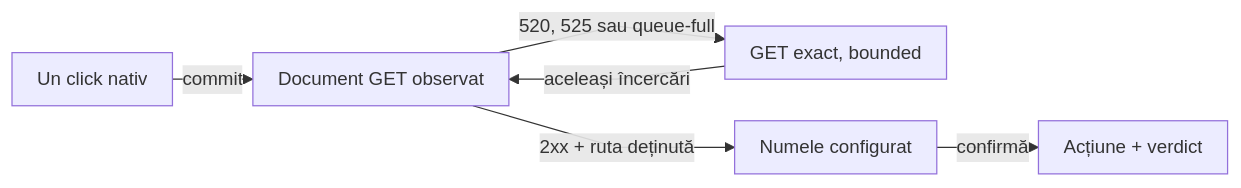
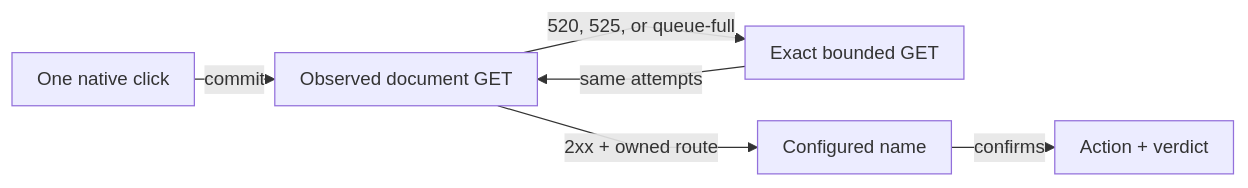
Before and after one commit to crististefanita/atf_j0: the fourth of 14 diagrams in atf-test-auto-ex/README.md, drawn with Mermaid. The commit also changed other lines of this file and 113 other files, not shown here.

````diff
--- a/atf-test-auto-ex/README.md
+++ b/atf-test-auto-ex/README.md
@@ -537,9 +564,9 @@
 ```mermaid
 %%{init: {"themeVariables":{"fontSize":"15px"},"themeCSS":".nodeLabel, .nodeLabel p { font-size: 15px !important; line-height: 1.35 !important; } .edgeLabel, .edgeLabel p { font-size: 12px !important; font-weight: 400 !important; line-height: 1.2 !important; } .edgeLabel .labelBkg, .edgeLabel p { background: transparent !important; } .edgeLabel foreignObject { transform: translateY(-18px); overflow: visible; } .node rect { rx: 6px; ry: 6px; }","flowchart":{"curve":"linear","nodeSpacing":24,"rankSpacing":16,"padding":10,"diagramPadding":16}}}%%
 flowchart LR
-    Click["Un click nativ"] -->|commit| Document["Document GET observat"]
-    Document -->|520, 525 sau queue-full| Recover["GET exact, bounded"]
-    Recover -->|aceleași încercări| Document
-    Document -->|2xx + ruta deținută| Product["Numele configurat"]
-    Product -->|confirmă| Audit["Acțiune + verdict"]
+    Click["One native click"] -->|commit| Document["Observed document GET"]
+    Document -->|520, 525, or queue-full| Recover["Exact bounded GET"]
+    Recover -->|same attempts| Document
+    Document -->|2xx + owned route| Product["Configured name"]
+    Product -->|confirms| Audit["Action + verdict"]
 ```
````
